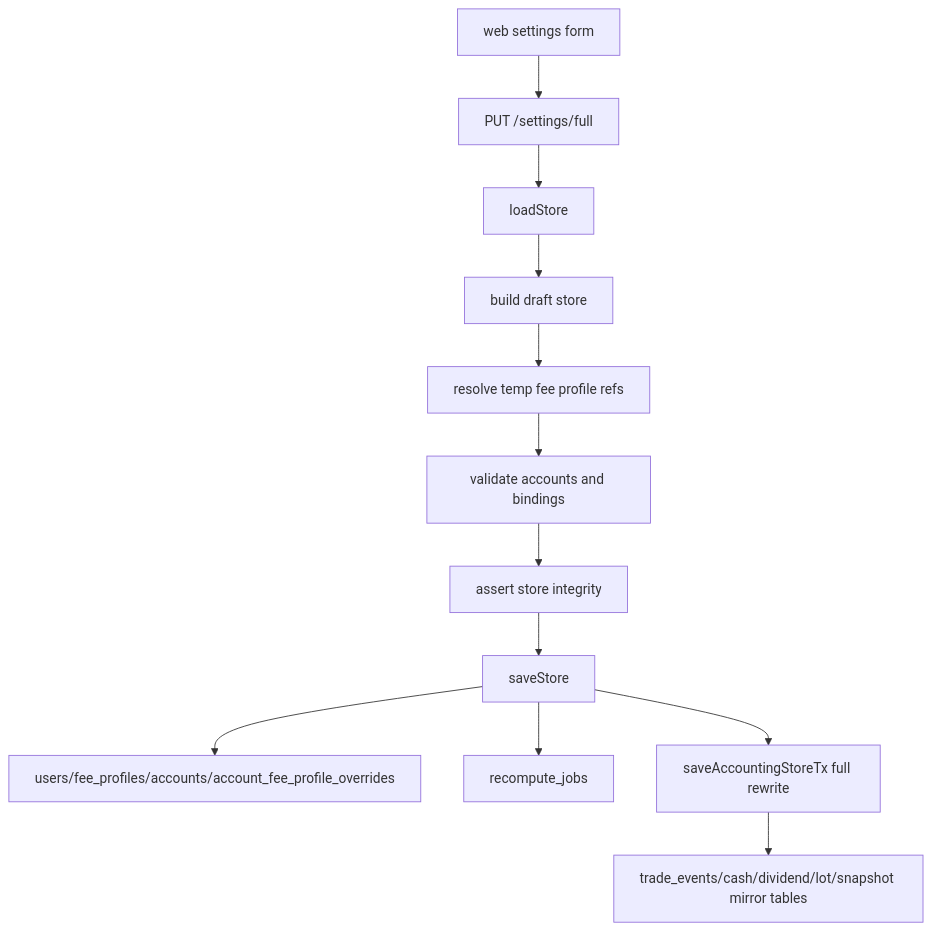
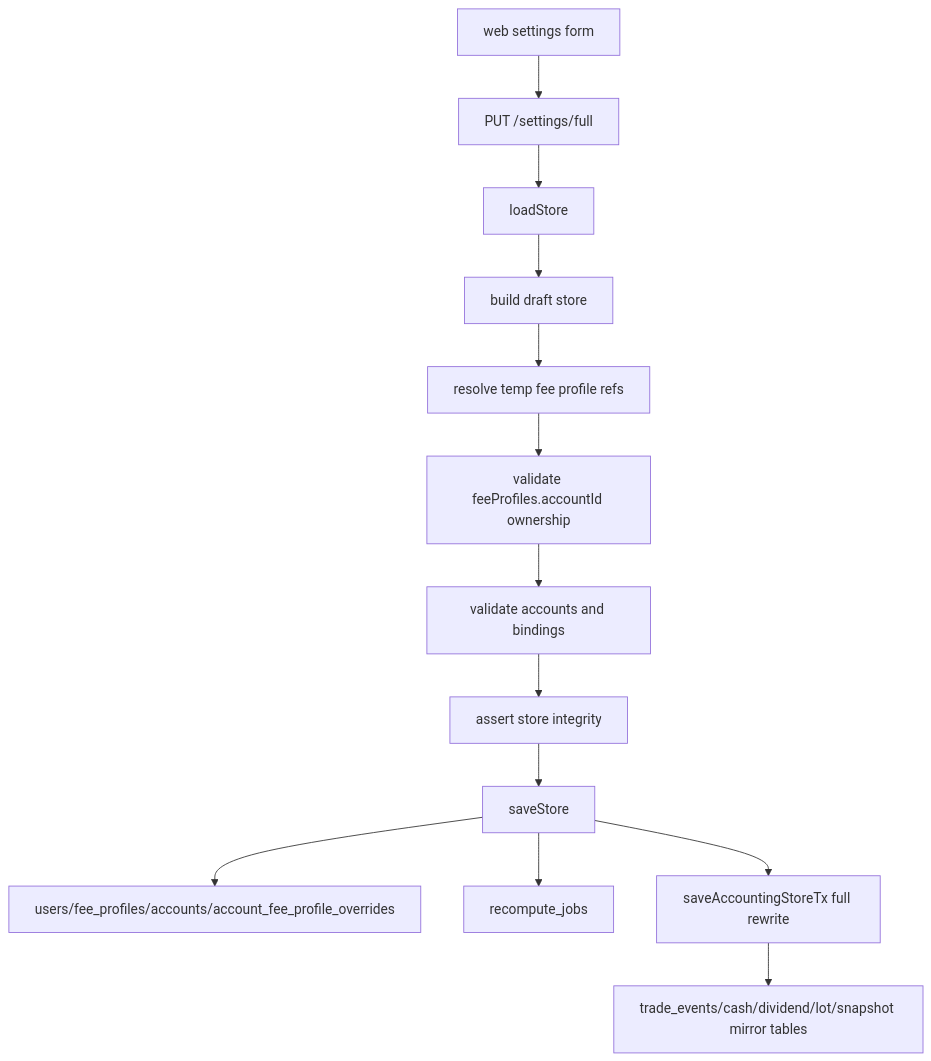
Before and after one commit to kzokv/tw-portfolio: the sixth of 6 diagrams in docs/001-architecture/backend-db-api.md, drawn with Mermaid. The commit also changed other lines of this file and 77 other files, not shown here.

````diff
--- a/docs/001-architecture/backend-db-api.md
+++ b/docs/001-architecture/backend-db-api.md
@@ -1605,14 +1642,15 @@
 ```mermaid
 flowchart TD
   A[web settings form] --> B[PUT /settings/full]
   B --> C[loadStore]
   C --> D[build draft store]
   D --> E[resolve temp fee profile refs]
-  E --> F[validate accounts and bindings]
-  F --> G[assert store integrity]
-  G --> H[saveStore]
-  H --> I[users/fee_profiles/accounts/account_fee_profile_overrides]
-  H --> J[recompute_jobs]
-  H --> K[saveAccountingStoreTx full rewrite]
-  K --> L[trade_events/cash/dividend/lot/snapshot mirror tables]
+  E --> F[validate feeProfiles.accountId ownership]
+  F --> G[validate accounts and bindings]
+  G --> H[assert store integrity]
+  H --> I[saveStore]
+  I --> J[users/fee_profiles/accounts/account_fee_profile_overrides]
+  I --> K[recompute_jobs]
+  I --> L[saveAccountingStoreTx full rewrite]
+  L --> M[trade_events/cash/dividend/lot/snapshot mirror tables]
 ```
````
